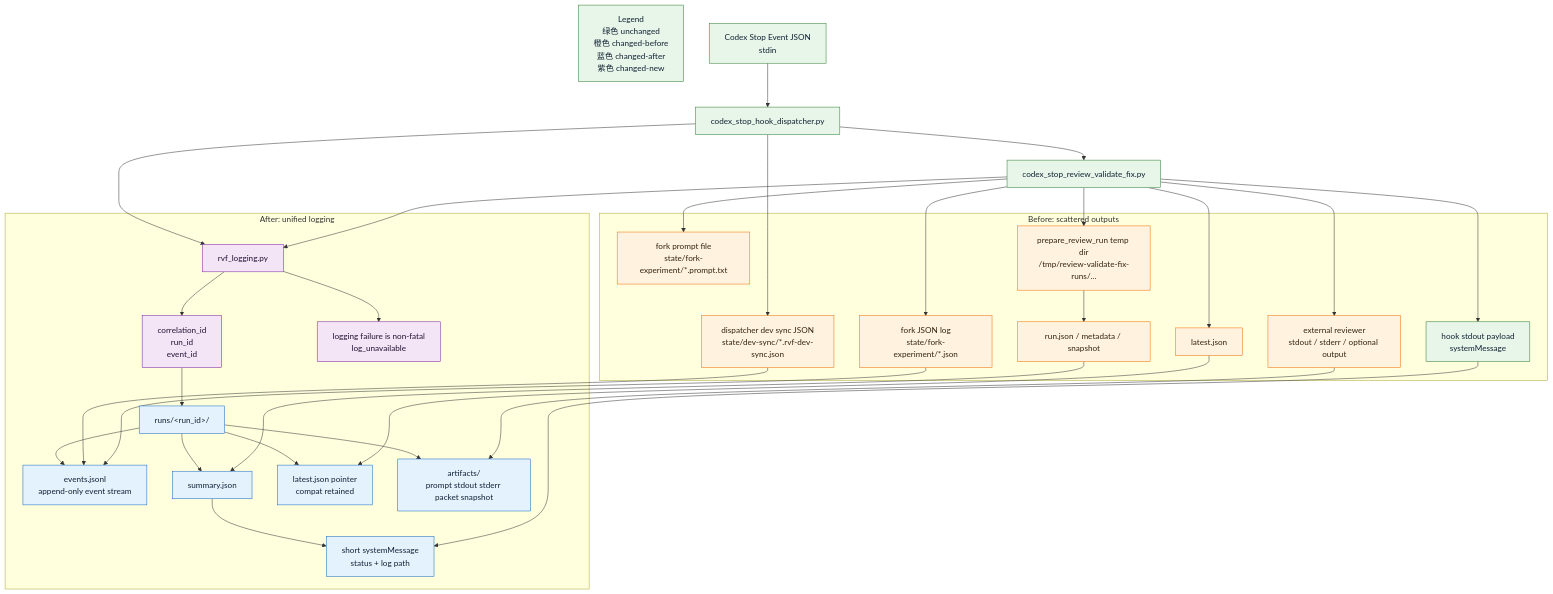
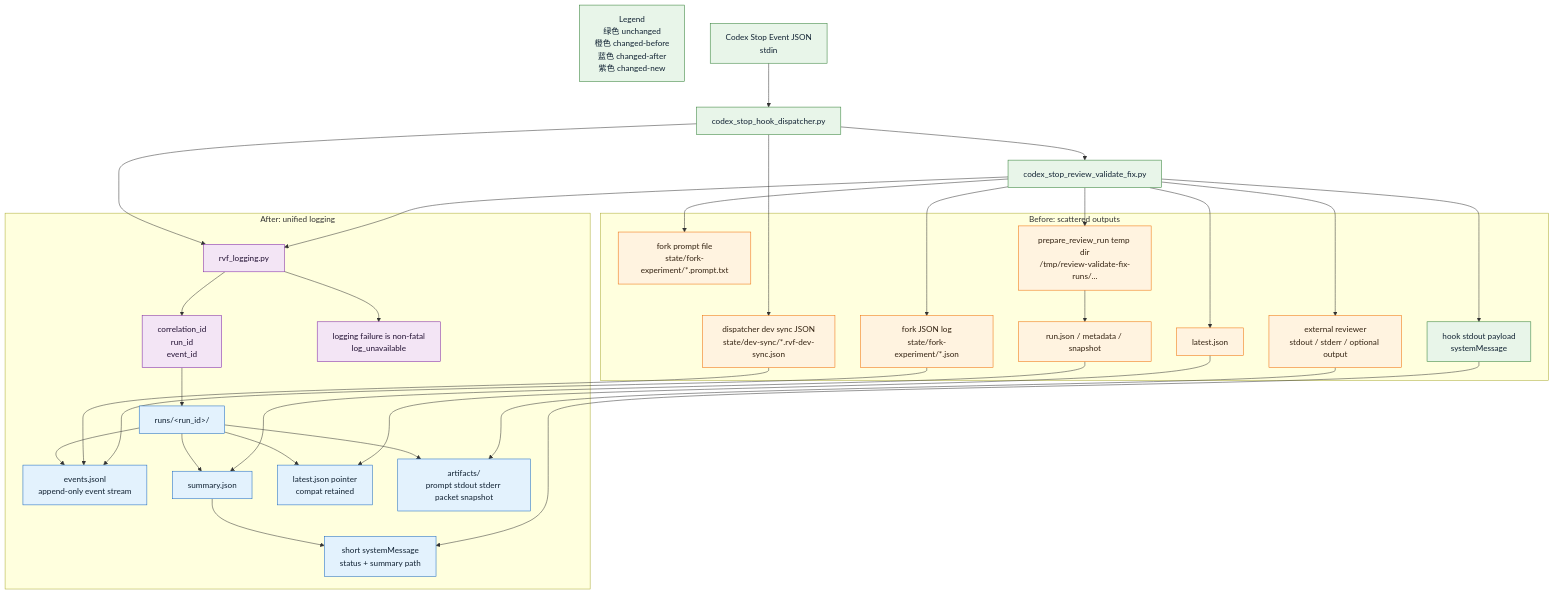
Before and after one commit to RealmX1/review-validate-fix: the diagram in docs/logging-overhaul.md, drawn with Mermaid. The commit also changed other lines of this file and 16 other files, not shown here.

````diff
--- a/docs/logging-overhaul.md
+++ b/docs/logging-overhaul.md
@@ -32,66 +57,66 @@
 ```mermaid
 flowchart TD
   Legend["Legend<br/>绿色 unchanged<br/>橙色 changed-before<br/>蓝色 changed-after<br/>紫色 changed-new"]:::unchanged
 
   Event["Codex Stop Event JSON<br/>stdin"]:::unchanged
   Dispatcher["codex_stop_hook_dispatcher.py"]:::unchanged
   Hook["codex_stop_review_validate_fix.py"]:::unchanged
 
   Event --> Dispatcher
   Dispatcher --> Hook
 
   subgraph Before["Before: scattered outputs"]
     BeforeDevSync["dispatcher dev sync JSON<br/>state/dev-sync/*.rvf-dev-sync.json"]:::changedBefore
     BeforeSystem["hook stdout payload<br/>systemMessage"]:::unchanged
     BeforePrompt["fork prompt file<br/>state/fork-experiment/*.prompt.txt"]:::changedBefore
     BeforeForkJson["fork JSON log<br/>state/fork-experiment/*.json"]:::changedBefore
     BeforeLatest["latest.json"]:::changedBefore
     BeforeRunDir["prepare_review_run temp dir<br/>/tmp/review-validate-fix-runs/..."]:::changedBefore
     BeforeRunJson["run.json / metadata / snapshot"]:::changedBefore
     BeforeReviewer["external reviewer<br/>stdout / stderr / optional output"]:::changedBefore
   end
 
   subgraph After["After: unified logging"]
     NewHelper["rvf_logging.py"]:::changedNew
     NewIds["correlation_id<br/>run_id<br/>event_id"]:::changedNew
     AfterRunDir["runs/&lt;run_id&gt;/"]:::changedAfter
     AfterEvents["events.jsonl<br/>append-only event stream"]:::changedAfter
     AfterSummary["summary.json"]:::changedAfter
     AfterLatest["latest.json pointer<br/>compat retained"]:::changedAfter
     AfterArtifacts["artifacts/<br/>prompt stdout stderr packet snapshot"]:::changedAfter
-    AfterSystem["short systemMessage<br/>status + log path"]:::changedAfter
+    AfterSystem["short systemMessage<br/>status + summary path"]:::changedAfter
     NewFailure["logging failure is non-fatal<br/>log_unavailable"]:::changedNew
   end
 
   Dispatcher --> BeforeDevSync
   Hook --> BeforeSystem
   Hook --> BeforePrompt
   Hook --> BeforeForkJson
   Hook --> BeforeLatest
   Hook --> BeforeRunDir
   BeforeRunDir --> BeforeRunJson
   Hook --> BeforeReviewer
 
   Dispatcher --> NewHelper
   Hook --> NewHelper
   NewHelper --> NewIds
   NewIds --> AfterRunDir
   AfterRunDir --> AfterEvents
   AfterRunDir --> AfterSummary
   AfterRunDir --> AfterLatest
   AfterRunDir --> AfterArtifacts
   AfterSummary --> AfterSystem
   NewHelper --> NewFailure
 
   BeforeDevSync --> AfterEvents
   BeforeForkJson --> AfterEvents
   BeforeLatest --> AfterLatest
   BeforeRunJson --> AfterSummary
   BeforeReviewer --> AfterArtifacts
   BeforeSystem --> AfterSystem
 
   classDef unchanged fill:#E8F5E9,stroke:#2E7D32,color:#123;
   classDef changedBefore fill:#FFF3E0,stroke:#EF6C00,color:#321;
   classDef changedAfter fill:#E3F2FD,stroke:#1565C0,color:#123;
   classDef changedNew fill:#F3E5F5,stroke:#7B1FA2,color:#213;
 ```
````
